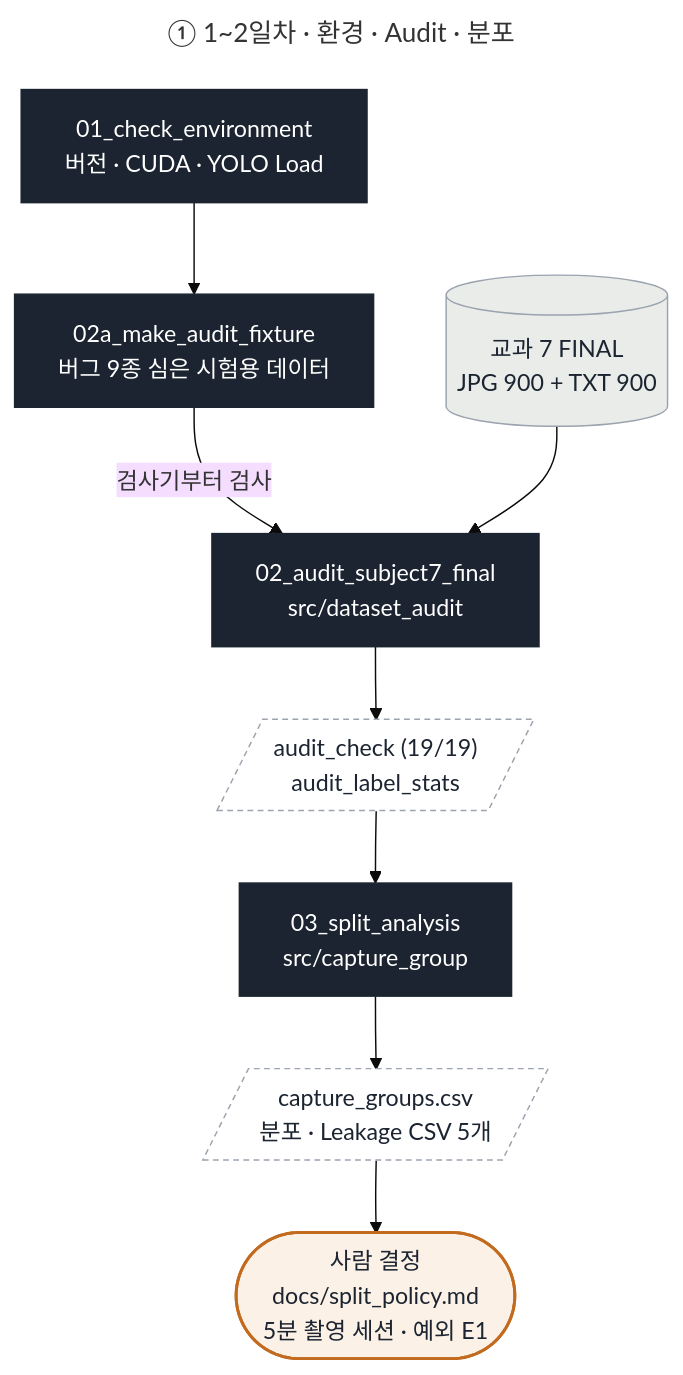
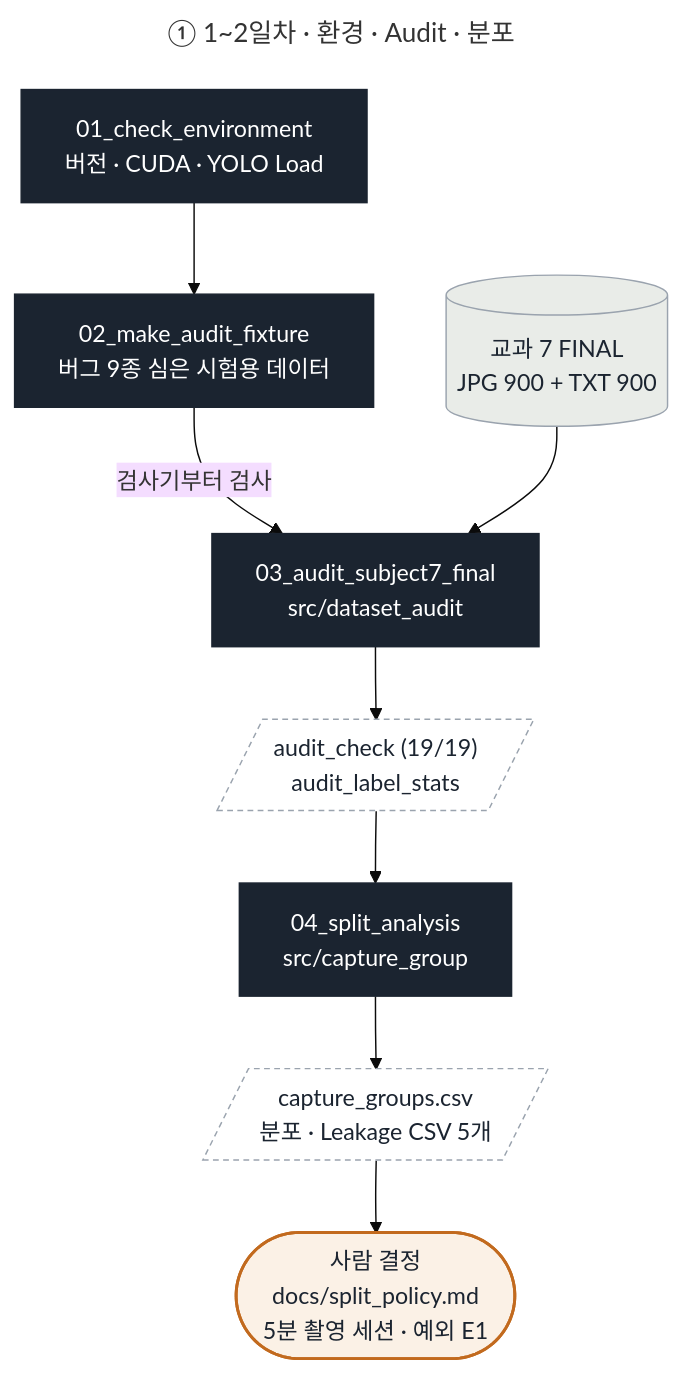
Before and after one commit to howolcat/prj2026.10: the first of 10 diagrams in prj08/docs/code_flow.md, drawn with Mermaid (base theme). The commit also changed other lines of this file and 129 other files, not shown here.

````diff
--- a/prj08/docs/code_flow.md
+++ b/prj08/docs/code_flow.md
@@ -41,22 +41,22 @@
 ```mermaid
 ---
 title: ① 1~2일차 · 환경 · Audit · 분포
 ---
 flowchart TD
-    S01["01_check_environment<br/>버전 · CUDA · YOLO Load"] --> S02A["02a_make_audit_fixture<br/>버그 9종 심은 시험용 데이터"]
-    S02A -->|"검사기부터 검사"| S02["02_audit_subject7_final<br/>src/dataset_audit"]
+    S01["01_check_environment<br/>버전 · CUDA · YOLO Load"] --> S02A["02_make_audit_fixture<br/>버그 9종 심은 시험용 데이터"]
+    S02A -->|"검사기부터 검사"| S02["03_audit_subject7_final<br/>src/dataset_audit"]
     IN[("교과 7 FINAL<br/>JPG 900 + TXT 900")] --> S02
     S02 --> O02[/"audit_check (19/19)<br/>audit_label_stats"/]
-    O02 --> S03["03_split_analysis<br/>src/capture_group"]
+    O02 --> S03["04_split_analysis<br/>src/capture_group"]
     S03 --> O03[/"capture_groups.csv<br/>분포 · Leakage CSV 5개"/]
     O03 --> POL(["사람 결정<br/>docs/split_policy.md<br/>5분 촬영 세션 · 예외 E1"])
 
     classDef data fill:#E9ECE8,stroke:#9AA3AE,color:#1B2430
     classDef script fill:#1B2430,stroke:#1B2430,color:#FFFFFF
     classDef out fill:#FFFFFF,stroke:#9AA3AE,stroke-dasharray:4 3,color:#1B2430
     classDef human fill:#FBF1E6,stroke:#C26A1E,stroke-width:2px,color:#1B2430
     class IN data
     class S01,S02A,S02,S03 script
     class O02,O03 out
     class POL human
 ```
````
